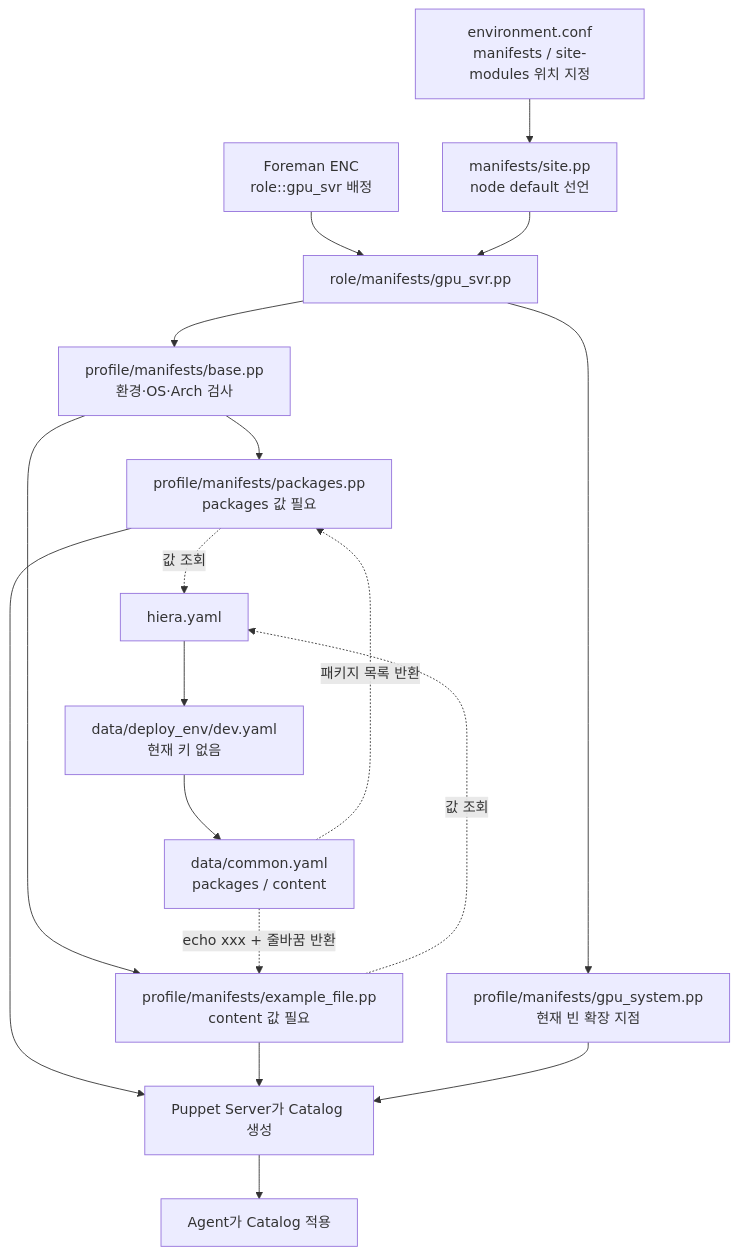
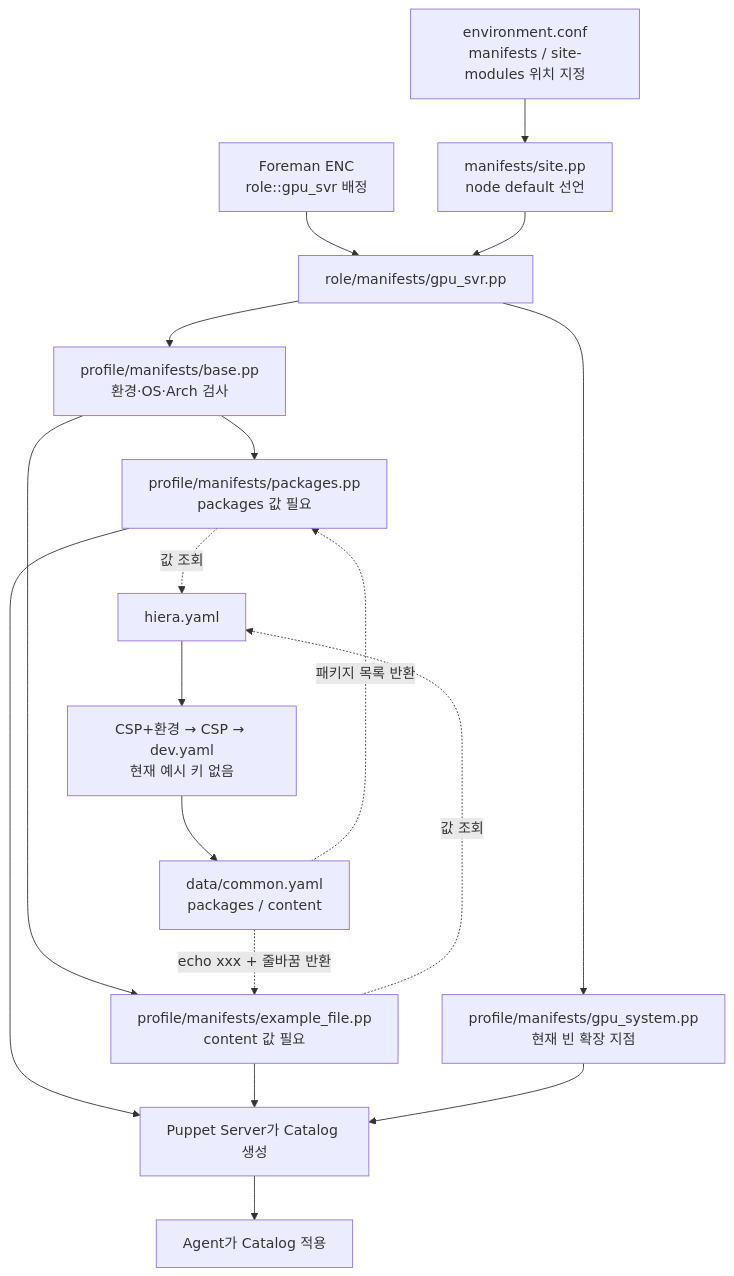
The second of 2 diagrams in foreman-puppet/docs/WALKTHROUGH.md (heyoon2j/y2-devops-lab), drawn with Mermaid before and after one commit. The commit also changed other lines of this file and 11 other files, not shown here.

````diff
--- a/foreman-puppet/docs/WALKTHROUGH.md
+++ b/foreman-puppet/docs/WALKTHROUGH.md
@@ -58,20 +60,20 @@
 ```mermaid
 flowchart TD
     E["environment.conf\nmanifests / site-modules 위치 지정"] --> S["manifests/site.pp\nnode default 선언"]
     F["Foreman ENC\nrole::gpu_svr 배정"] --> G["role/manifests/gpu_svr.pp"]
     S --> G
     G --> B["profile/manifests/base.pp\n환경·OS·Arch 검사"]
     G --> GPU["profile/manifests/gpu_system.pp\n현재 빈 확장 지점"]
     B --> PK["profile/manifests/packages.pp\npackages 값 필요"]
     B --> NI["profile/manifests/example_file.pp\ncontent 값 필요"]
     PK -.->|"값 조회"| H["hiera.yaml"]
     NI -.->|"값 조회"| H
-    H --> D["data/deploy_env/dev.yaml\n현재 키 없음"]
+    H --> D["CSP+환경 → CSP → dev.yaml\n현재 예시 키 없음"]
     D --> C["data/common.yaml\npackages / content"]
     C -.->|"패키지 목록 반환"| PK
     C -.->|"echo xxx + 줄바꿈 반환"| NI
     PK --> CAT["Puppet Server가 Catalog 생성"]
     NI --> CAT
     GPU --> CAT
     CAT --> A["Agent가 Catalog 적용"]
 ```
````
